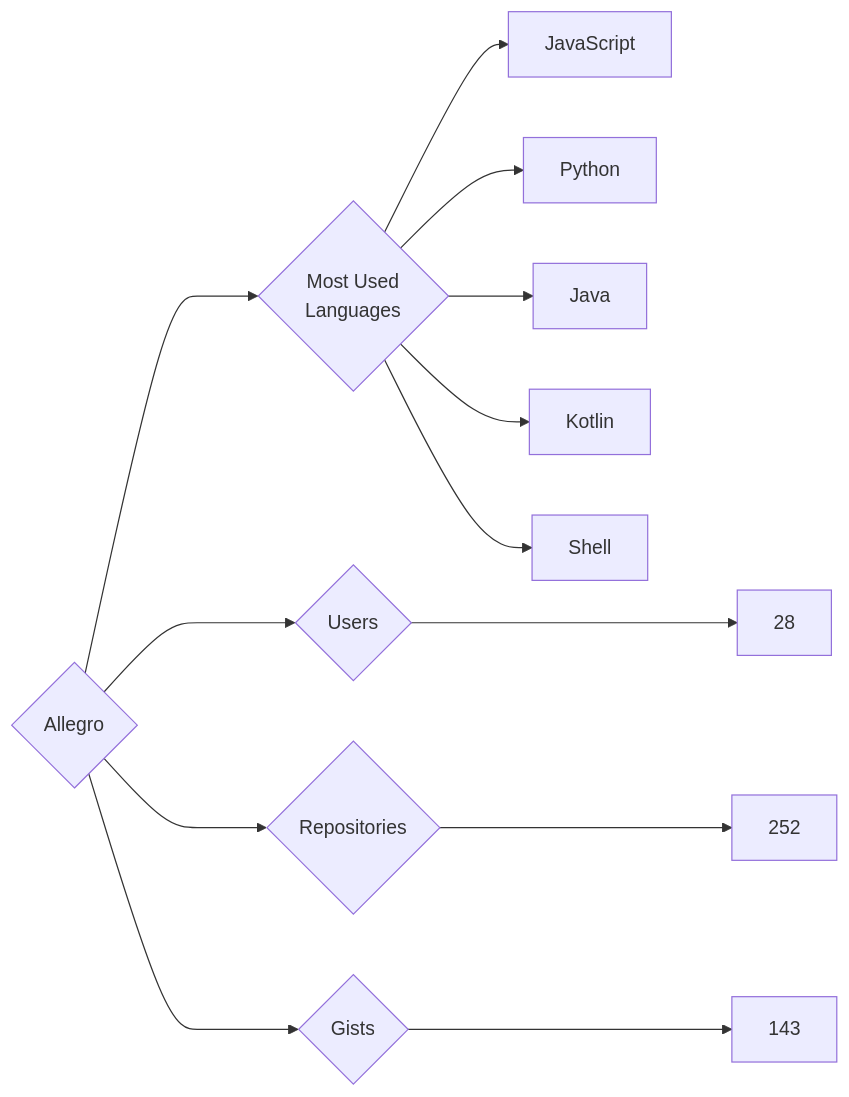
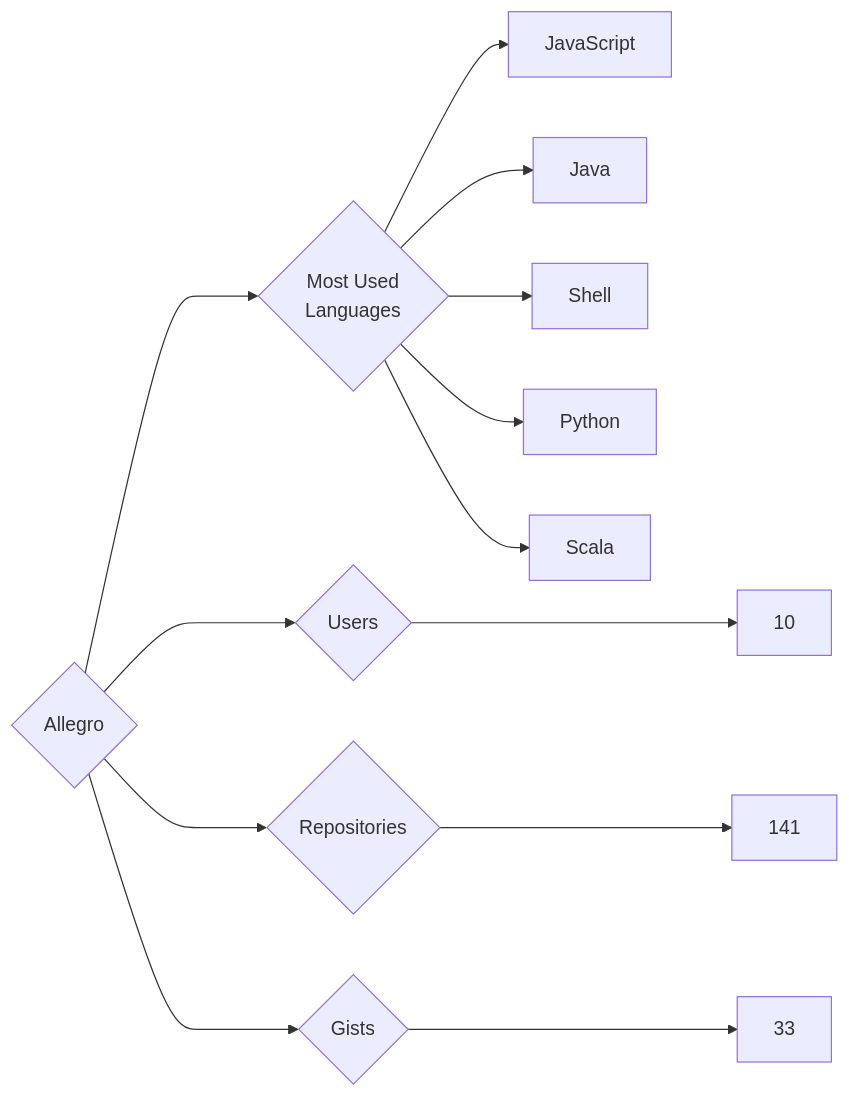
One commit to trickest/insiders changed the diagram in targets/Allegro/README.md. Above: the diagram before and after it, drawn with Mermaid. The commit also changed 773 other files, not shown here.

````diff
--- a/targets/Allegro/README.md
+++ b/targets/Allegro/README.md
@@ -3,13 +3,13 @@
 ```mermaid
 graph LR
 COMPANY_NAME{Allegro}
-COMPANY_NAME ---> U{Users} ---> UN[28]
-COMPANY_NAME ---> R{Repositories} ---> RN[252]
-COMPANY_NAME ---> G{Gists} ---> GN[143]
+COMPANY_NAME ---> U{Users} ---> UN[10]
+COMPANY_NAME ---> R{Repositories} ---> RN[141]
+COMPANY_NAME ---> G{Gists} ---> GN[33]
 COMPANY_NAME ---> ML{Most Used<br>Languages}
 ML --> JavaScript[JavaScript]
+ML --> Java[Java]
+ML --> Shell[Shell]
 ML --> Python[Python]
-ML --> Java[Java]
-ML --> Kotlin[Kotlin]
-ML --> Shell[Shell]
+ML --> Scala[Scala]
 ```
````
